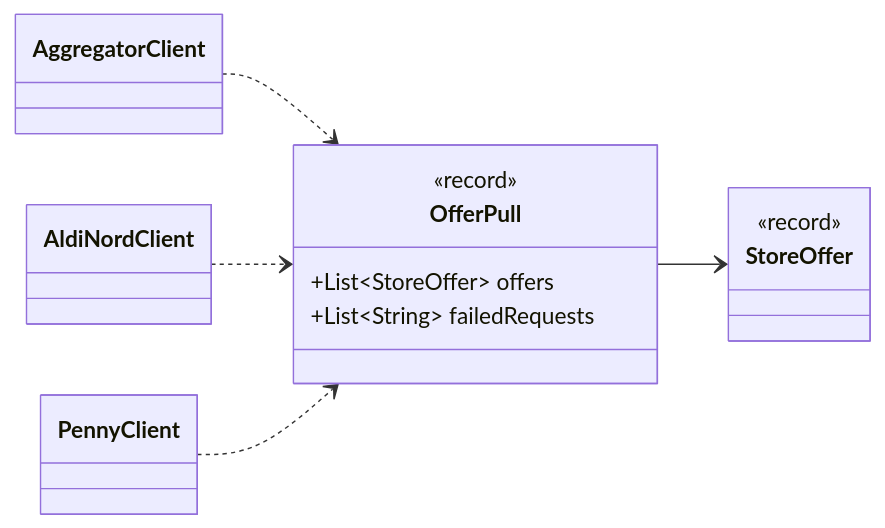
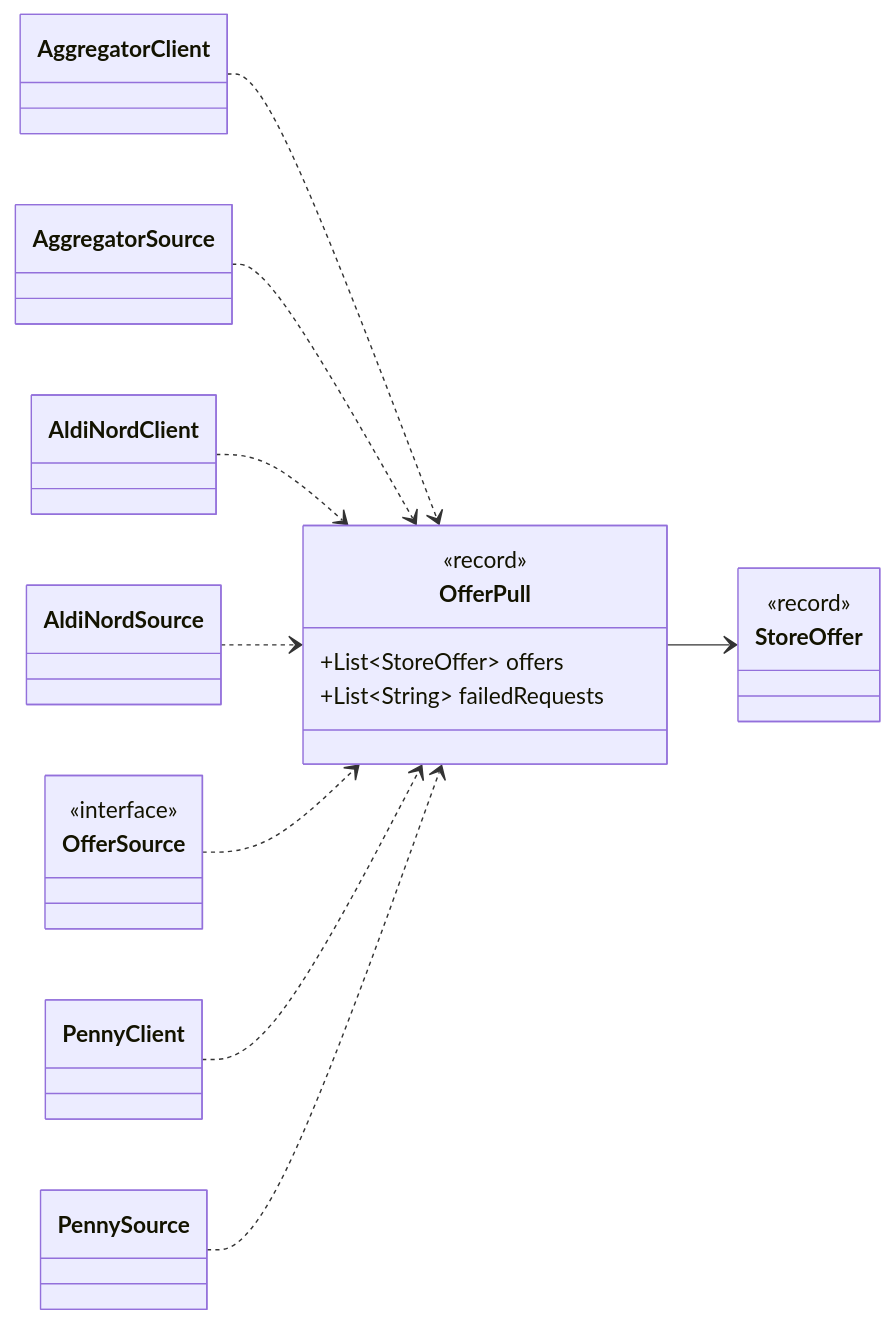
Before and after one commit to Nate-ryan-7690/dahaem: diagram 18 of 48 in docs/classes/stores.md, drawn with Mermaid. The commit also changed other lines of this file and 1 other file, not shown here.

First line of the commit message:
Regenerate class docs for the OfferSource types

````diff
--- a/docs/classes/stores.md
+++ b/docs/classes/stores.md
@@ -825,19 +962,29 @@
 ```mermaid
 classDiagram
     direction LR
     class stores_OfferPull["OfferPull"] {
         <<record>>
         +List~StoreOffer~ offers
         +List~String~ failedRequests
     }
     class stores_StoreOffer["StoreOffer"] {
         <<record>>
     }
     class stores_AggregatorClient["AggregatorClient"]
+    class stores_AggregatorSource["AggregatorSource"]
     class stores_AldiNordClient["AldiNordClient"]
+    class stores_AldiNordSource["AldiNordSource"]
+    class stores_OfferSource["OfferSource"] {
+        <<interface>>
+    }
     class stores_PennyClient["PennyClient"]
+    class stores_PennySource["PennySource"]
     stores_OfferPull --> stores_StoreOffer
     stores_AggregatorClient ..> stores_OfferPull
+    stores_AggregatorSource ..> stores_OfferPull
     stores_AldiNordClient ..> stores_OfferPull
+    stores_AldiNordSource ..> stores_OfferPull
+    stores_OfferSource ..> stores_OfferPull
     stores_PennyClient ..> stores_OfferPull
+    stores_PennySource ..> stores_OfferPull
 ```
````
